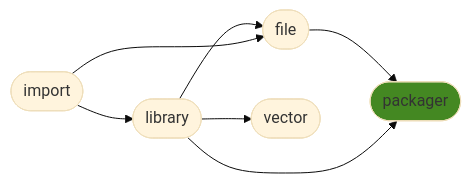
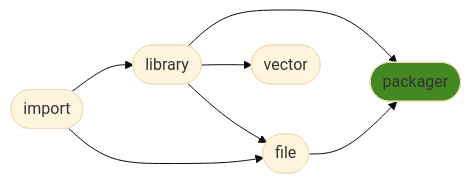
One commit to ManderaGeneral/generalpackager changed the diagram in README.md. Above: the diagram before and after it, drawn with Mermaid (base theme). The commit also changed other lines of this file, not shown here.

````diff
--- a/README.md
+++ b/README.md
@@ -24,15 +24,15 @@
 ```mermaid
 flowchart LR
-1([library]) --> 2([file])
-1([library]) --> 3([vector])
-2([file]) --> 4([packager])
 0([import]) --> 1([library])
 0([import]) --> 2([file])
 1([library]) --> 4([packager])
+1([library]) --> 3([vector])
+1([library]) --> 2([file])
+2([file]) --> 4([packager])
 click 0 "https://github.com/ManderaGeneral/generalimport"
 click 1 "https://github.com/ManderaGeneral/generallibrary"
 click 2 "https://github.com/ManderaGeneral/generalfile"
 click 3 "https://github.com/ManderaGeneral/generalvector"
 click 4 "https://github.com/ManderaGeneral/generalpackager"
 style 4 fill:#482
 ```
````
